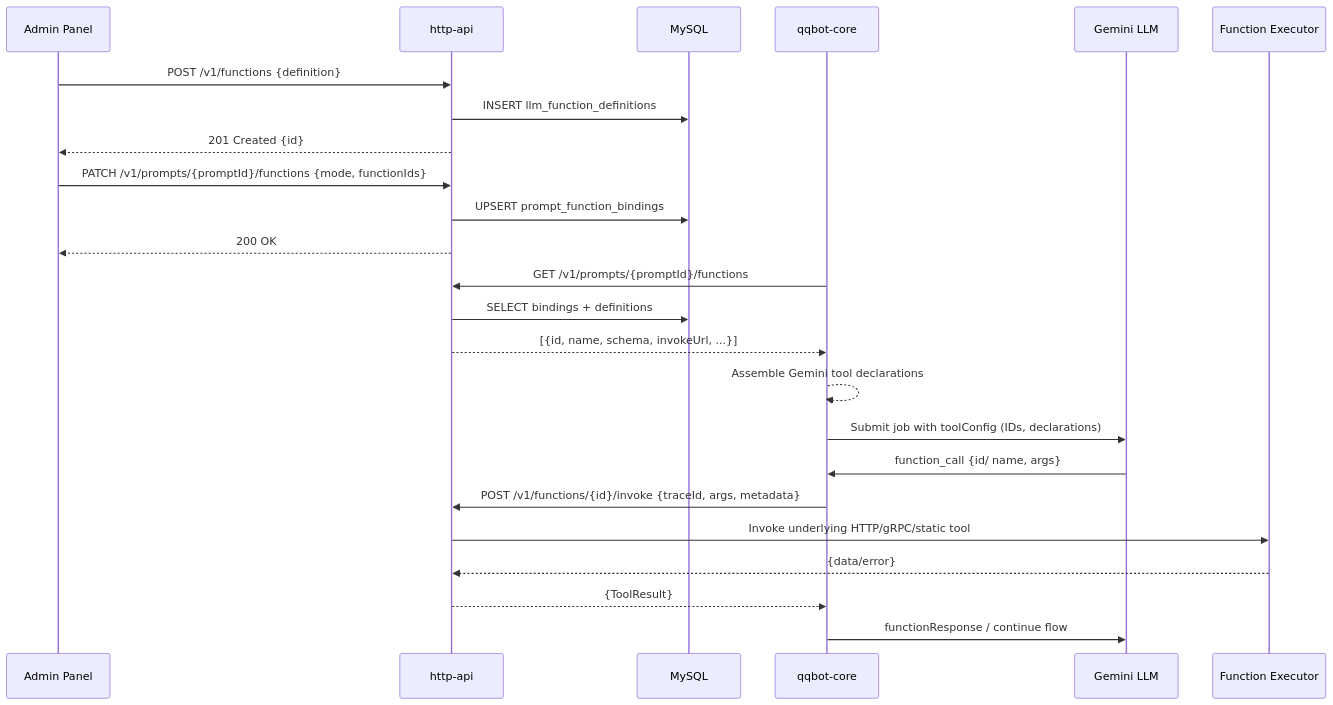
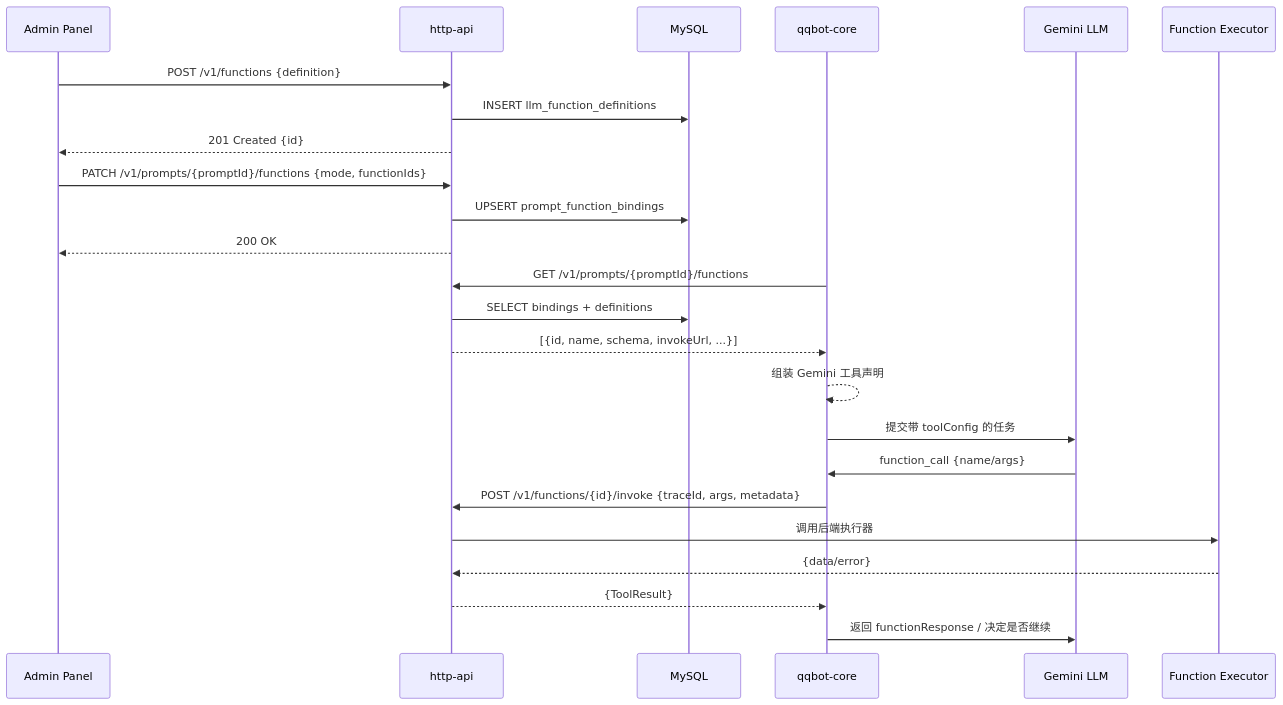
One commit to Hei-AI/xiaoni_cc changed the diagram in docs/llm_function_calling_registry_design.md. Above: the diagram before and after it, drawn with Mermaid. The commit also changed other lines of this file and 3 other files, not shown here.

````diff
--- a/docs/llm_function_calling_registry_design.md
+++ b/docs/llm_function_calling_registry_design.md
@@ -32,34 +32,34 @@
 ```mermaid
 sequenceDiagram
     participant Admin as Admin Panel
     participant API as http-api
     participant DB as MySQL
     participant Core as qqbot-core
     participant LLM as Gemini LLM
     participant Exec as Function Executor
 
     %% 函数注册
     Admin->>API: POST /v1/functions {definition}
     API->>DB: INSERT llm_function_definitions
     API-->>Admin: 201 Created {id}
 
     %% Prompt 绑定
     Admin->>API: PATCH /v1/prompts/{promptId}/functions {mode, functionIds}
     API->>DB: UPSERT prompt_function_bindings
     API-->>Admin: 200 OK
 
     %% 配置加载
     Core->>API: GET /v1/prompts/{promptId}/functions
     API->>DB: SELECT bindings + definitions
     API-->>Core: [{id, name, schema, invokeUrl, ...}]
-    Core-->>Core: Assemble Gemini tool declarations
+    Core-->>Core: 组装 Gemini 工具声明
 
     %% LLM 执行
-    Core->>LLM: Submit job with toolConfig (IDs, declarations)
-    LLM->>Core: function_call {id/ name, args}
+    Core->>LLM: 提交带 toolConfig 的任务
+    LLM->>Core: function_call {name/args}
     Core->>API: POST /v1/functions/{id}/invoke {traceId, args, metadata}
-    API->>Exec: Invoke underlying HTTP/gRPC/static tool
+    API->>Exec: 调用后端执行器
     Exec-->>API: {data/error}
     API-->>Core: {ToolResult}
-    Core->>LLM: functionResponse / continue flow
+    Core->>LLM: 返回 functionResponse / 决定是否继续
 ```
````
